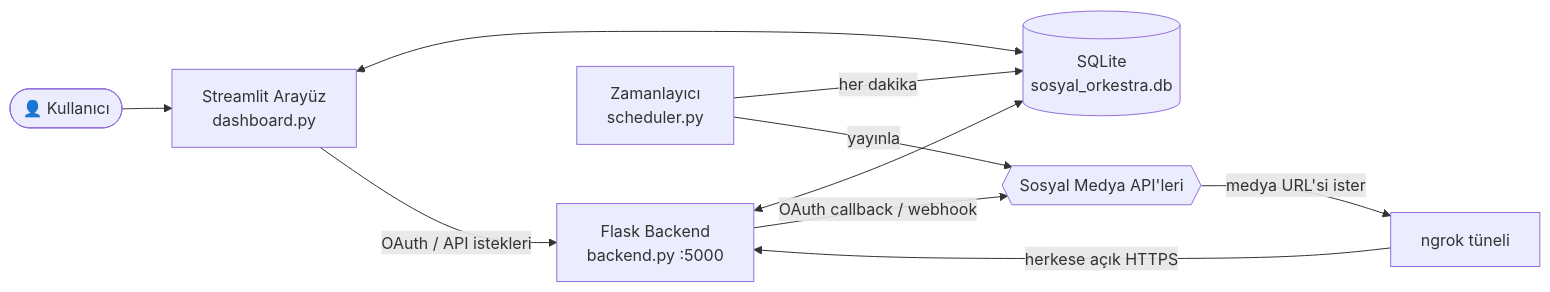
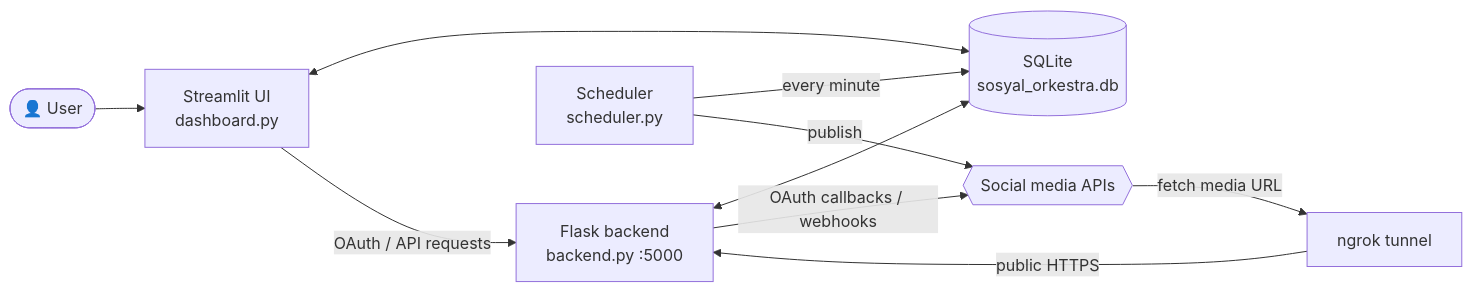
One commit to ahmettasdemirusa/sosyalorkestra changed the diagram in README.md. Above: the diagram before and after it, drawn with Mermaid. The commit also changed other lines of this file and 1 other file, not shown here.

````diff
--- a/README.md
+++ b/README.md
@@ -62,12 +66,12 @@
 ```mermaid
 flowchart LR
-    U([👤 Kullanıcı]) --> D[Streamlit Arayüz<br/>dashboard.py]
+    U([👤 User]) --> D[Streamlit UI<br/>dashboard.py]
     D <--> DB[(SQLite<br/>sosyal_orkestra.db)]
-    D -- OAuth / API istekleri --> B[Flask Backend<br/>backend.py :5000]
+    D -- OAuth / API requests --> B[Flask backend<br/>backend.py :5000]
     B <--> DB
-    N[ngrok tüneli] -- herkese açık HTTPS --> B
-    S[Zamanlayıcı<br/>scheduler.py] -- her dakika --> DB
-    S -- yayınla --> P{{Sosyal Medya API'leri}}
-    B -- OAuth callback / webhook --> P
-    P -- medya URL'si ister --> N
+    N[ngrok tunnel] -- public HTTPS --> B
+    S[Scheduler<br/>scheduler.py] -- every minute --> DB
+    S -- publish --> P{{Social media APIs}}
+    B -- OAuth callbacks / webhooks --> P
+    P -- fetch media URL --> N
 ```
````
